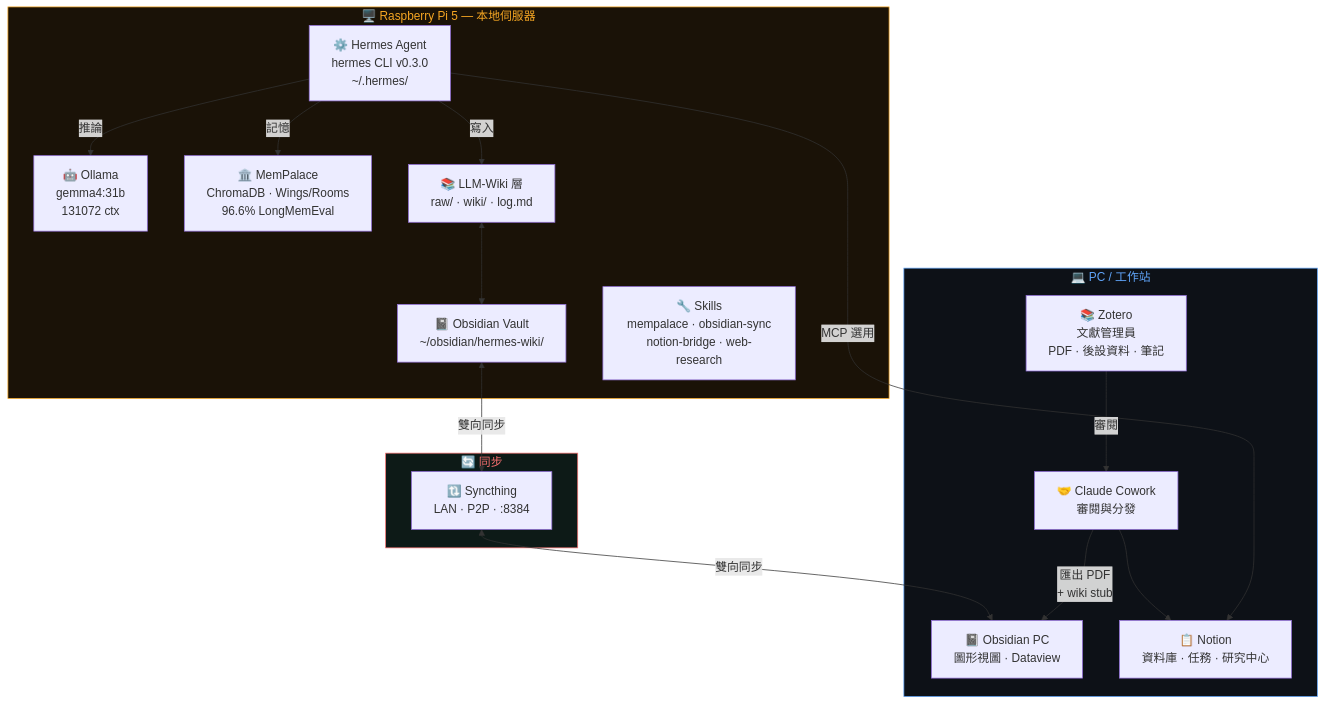
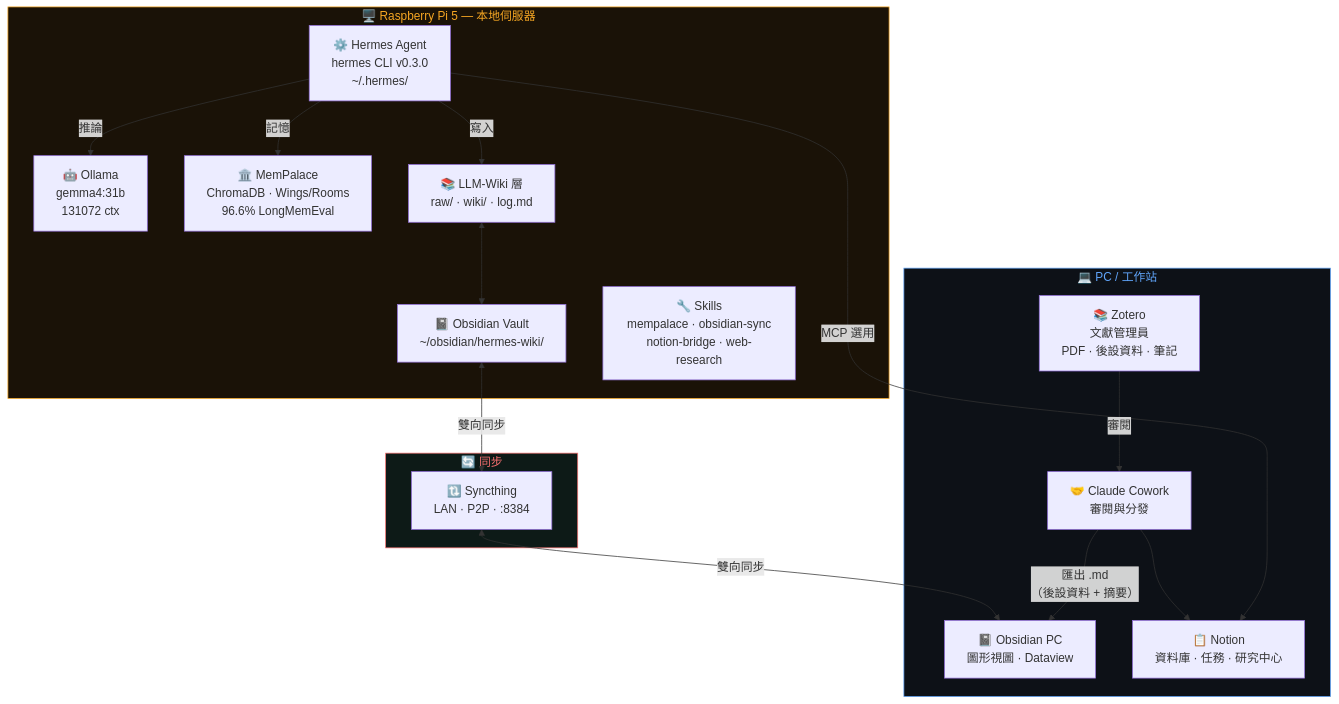
One commit to omankz/Hermes-Agent---Claude-Cowork---Notion---Obsidian changed the first of 7 diagrams in README-zh-tw.md. Above: the diagram before and after it, drawn with Mermaid. The commit also changed other lines of this file, not shown here.

````diff
--- a/README-zh-tw.md
+++ b/README-zh-tw.md
@@ -46,37 +46,37 @@
 ```mermaid
 graph TB
     subgraph RPi5["🖥️ Raspberry Pi 5 — 本地伺服器"]
         HA["⚙️ Hermes Agent\nhermes CLI v0.3.0\n~/.hermes/"]
         OL["🤖 Ollama\ngemma4:31b\n131072 ctx"]
         MP["🏛️ MemPalace\nChromaDB · Wings/Rooms\n96.6% LongMemEval"]
         OB_RPi["📓 Obsidian Vault\n~/obsidian/hermes-wiki/"]
         WK["📚 LLM-Wiki 層\nraw/ · wiki/ · log.md"]
         SK["🔧 Skills\nmempalace · obsidian-sync\nnotion-bridge · web-research"]
     end
 
     subgraph SYNC["🔄 同步"]
         ST["🔃 Syncthing\nLAN · P2P · :8384"]
     end
 
     subgraph PC["💻 PC / 工作站"]
         OB_PC["📓 Obsidian PC\n圖形視圖 · Dataview"]
         ZT["📚 Zotero\n文獻管理員\nPDF · 後設資料 · 筆記"]
         CW["🤝 Claude Cowork\n審閱與分發"]
         NT["📋 Notion\n資料庫 · 任務 · 研究中心"]
     end
 
     HA -- 推論 --> OL
     HA -- 記憶 --> MP
     HA -- 寫入 --> WK
     WK <--> OB_RPi
     OB_RPi <-- 雙向同步 --> ST
     ST <-- 雙向同步 --> OB_PC
     ZT -->|"審閱"| CW
-    CW -->|"匯出 PDF\n+ wiki stub"| OB_PC
+    CW -->|"匯出 .md\n（後設資料 + 摘要）"| OB_PC
     CW --> NT
     HA -- MCP 選用 --> NT
 
     style RPi5 fill:#1a1207,stroke:#f5a623,stroke-width:1px,color:#f5a623
     style SYNC fill:#0d1a17,stroke:#f87171,stroke-width:1px,color:#f87171
     style PC fill:#0d1117,stroke:#60a5fa,stroke-width:1px,color:#60a5fa
 ```
````
